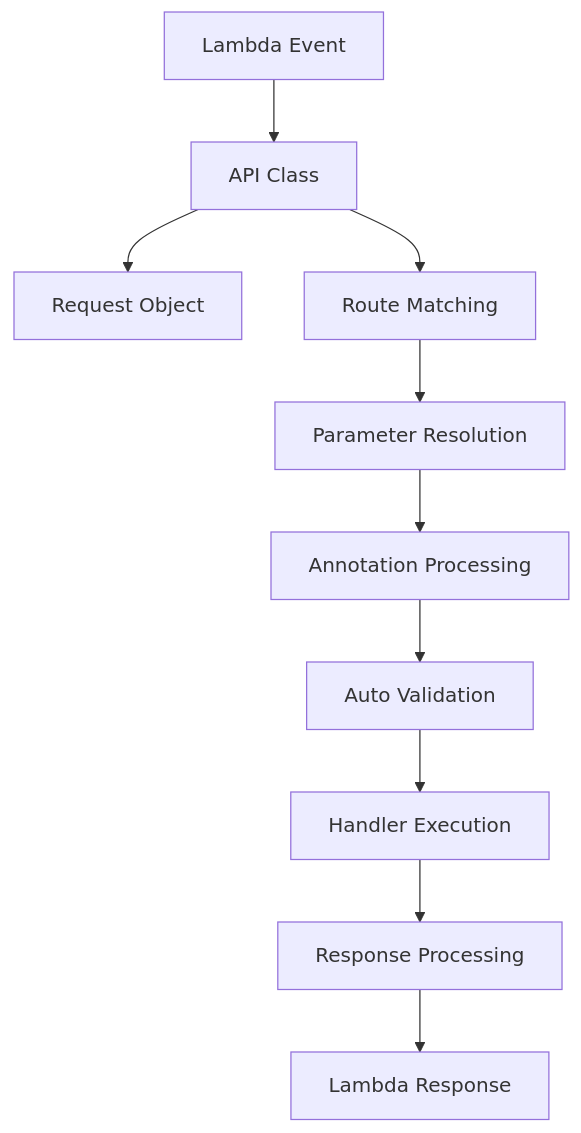
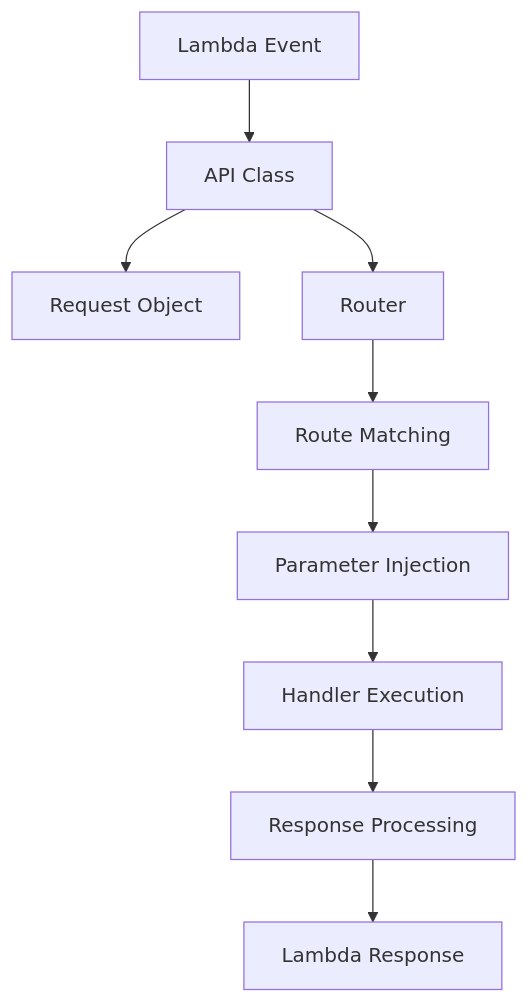
The first of 2 diagrams in docs/getting-started/concepts.md (sskyh0208/lambapi), drawn with Mermaid before and after one commit. The commit also changed other lines of this file and 35 other files, not shown here.

````diff
--- a/docs/getting-started/concepts.md
+++ b/docs/getting-started/concepts.md
@@ -78,12 +49,11 @@
 ```mermaid
 graph TD
     A[Lambda Event] --> B[API Class]
     B --> C[Request Object]
-    B --> D[Route Matching]
-    D --> E[Parameter Resolution]
-    E --> F[Annotation Processing]
-    F --> G[Auto Validation]
-    G --> H[Handler Execution]
-    H --> I[Response Processing]
-    I --> J[Lambda Response]
+    B --> D[Router]
+    D --> E[Route Matching]
+    E --> F[Parameter Injection]
+    F --> G[Handler Execution]
+    G --> H[Response Processing]
+    H --> I[Lambda Response]
 ```
````
